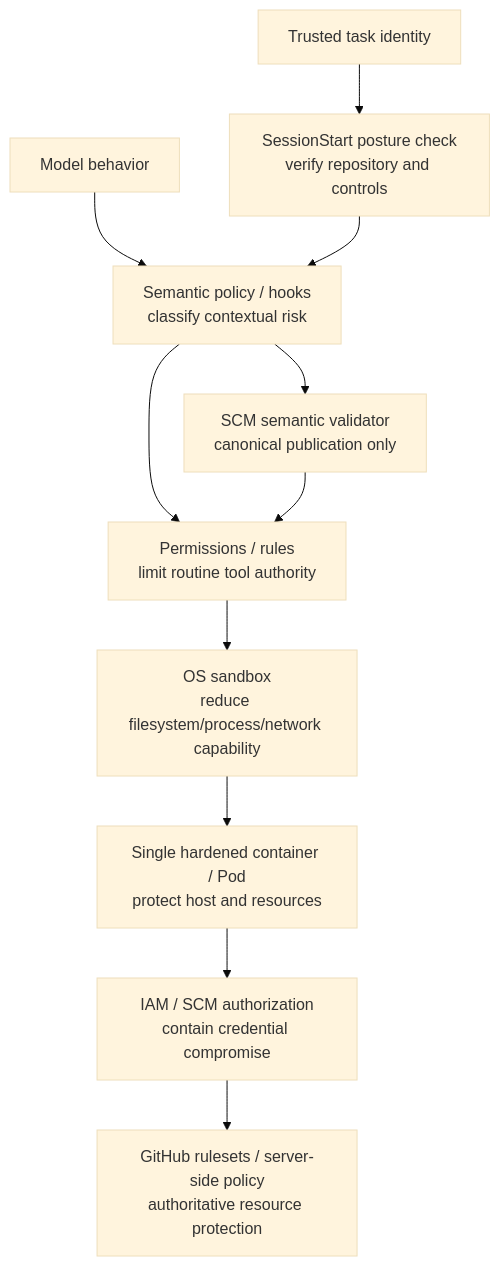
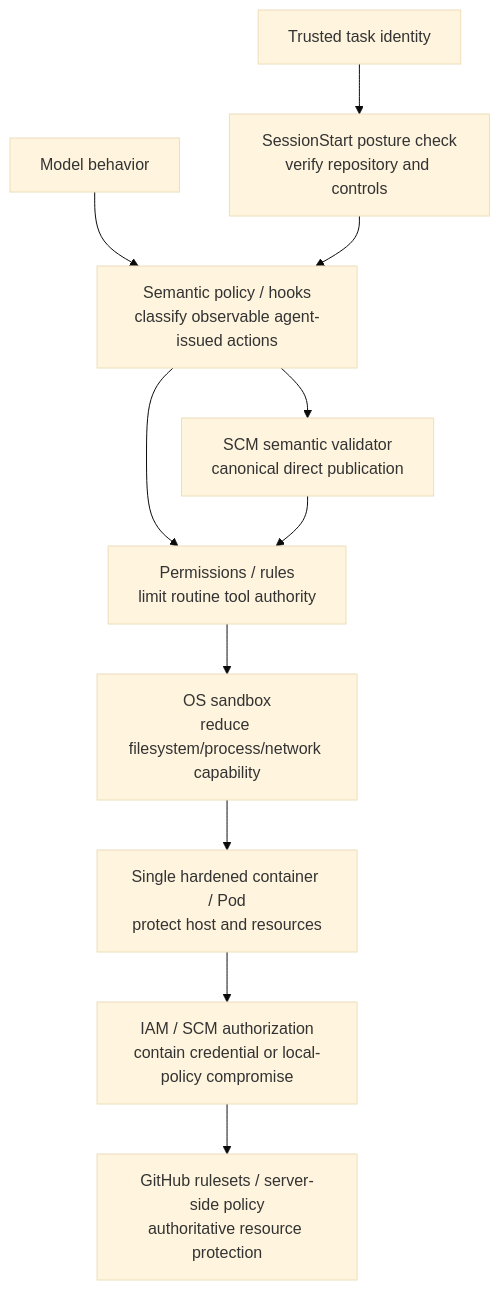
One commit to tomo-chan/agent-harness changed the diagram in docs/03-security-model.md. Above: the diagram before and after it, drawn with Mermaid (base theme). The commit also changed other lines of this file, not shown here.

Commit message:
docs: clarify semantic mediation boundary

````diff
--- a/docs/03-security-model.md
+++ b/docs/03-security-model.md
@@ -13,13 +15,13 @@
 ```mermaid
 flowchart TD
     T[Trusted task identity] --> SS[SessionStart posture check<br/>verify repository and controls]
-    M[Model behavior] --> H[Semantic policy / hooks<br/>classify contextual risk]
+    M[Model behavior] --> H[Semantic policy / hooks<br/>classify observable agent-issued actions]
     SS --> H
-    H --> SV[SCM semantic validator<br/>canonical publication only]
+    H --> SV[SCM semantic validator<br/>canonical direct publication]
     H --> P[Permissions / rules<br/>limit routine tool authority]
     SV --> P
     P --> S[OS sandbox<br/>reduce filesystem/process/network capability]
     S --> C[Single hardened container / Pod<br/>protect host and resources]
-    C --> I[IAM / SCM authorization<br/>contain credential compromise]
+    C --> I[IAM / SCM authorization<br/>contain credential or local-policy compromise]
     I --> R[GitHub rulesets / server-side policy<br/>authoritative resource protection]
 ```
````
